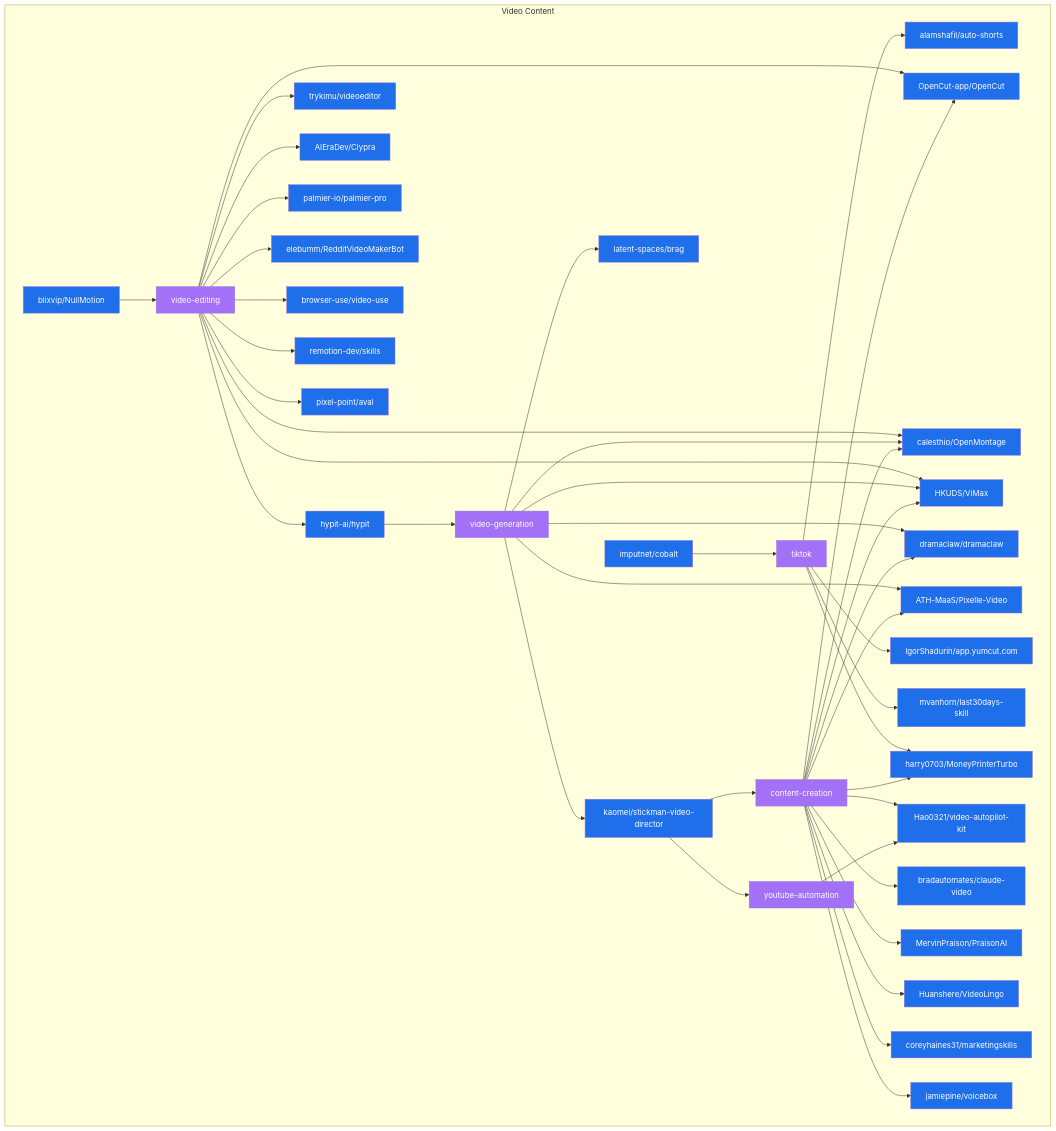
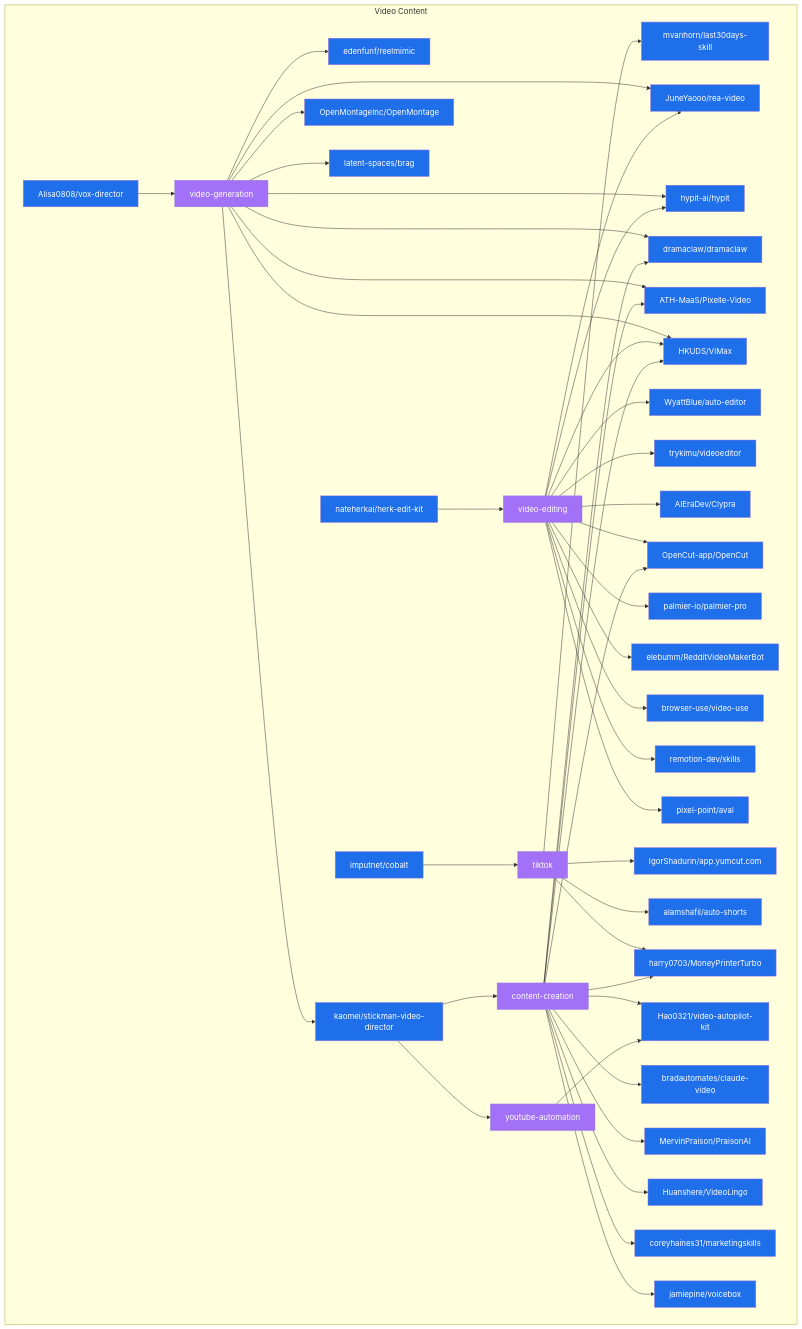
One commit to Meru143/star-graph changed the diagram in data/star_graph_video_content.mermaid. Above: the diagram before and after it, drawn with Mermaid. The commit also changed 15 other files, not shown here.

Commit message:
chore: weekly star graph update 2026-11-09

```diff
--- a/data/star_graph_video_content.mermaid
+++ b/data/star_graph_video_content.mermaid
@@ -1,79 +1,86 @@
 graph TD
   subgraph video_content ["Video Content"]
+    mvanhorn_last30days_skill["mvanhorn/last30days-skill"]:::repo
+    JuneYaooo_rea_video["JuneYaooo/rea-video"]:::repo
+    HKUDS_ViMax["HKUDS/ViMax"]:::repo
+    Hao0321_video_autopilot_kit["Hao0321/video-autopilot-kit"]:::repo
+    OpenCut_app_OpenCut["OpenCut-app/OpenCut"]:::repo
+    elebumm_RedditVideoMakerBot["elebumm/RedditVideoMakerBot"]:::repo
+    video_generation["video-generation"]:::topic
+    hypit_ai_hypit["hypit-ai/hypit"]:::repo
+    harry0703_MoneyPrinterTurbo["harry0703/MoneyPrinterTurbo"]:::repo
+    nateherkai_herk_edit_kit["nateherkai/herk-edit-kit"]:::repo
+    imputnet_cobalt["imputnet/cobalt"]:::repo
+    jamiepine_voicebox["jamiepine/voicebox"]:::repo
+    palmier_io_palmier_pro["palmier-io/palmier-pro"]:::repo
+    tiktok["tiktok"]:::topic
+    trykimu_videoeditor["trykimu/videoeditor"]:::repo
+    video_editing["video-editing"]:::topic
+    OpenMontageInc_OpenMontage["OpenMontageInc/OpenMontage"]:::repo
+    pixel_point_aval["pixel-point/aval"]:::repo
+    youtube_automation["youtube-automation"]:::topic
+    kaomei_stickman_video_director["kaomei/stickman-video-director"]:::repo
+    latent_spaces_brag["latent-spaces/brag"]:::repo
+    coreyhaines31_marketingskills["coreyhaines31/marketingskills"]:::repo
+    Alisa0808_vox_director["Alisa0808/vox-director"]:::repo
+    WyattBlue_auto_editor["WyattBlue/auto-editor"]:::repo
+    browser_use_video_use["browser-use/video-use"]:::repo
+    Huanshere_VideoLingo["Huanshere/VideoLingo"]:::repo
+    IgorShadurin_app_yumcut_com["IgorShadurin/app.yumcut.com"]:::repo
+    edenfunf_reelmimic["edenfunf/reelmimic"]:::repo
+    content_creation["content-creation"]:::topic
+    dramaclaw_dramaclaw["dramaclaw/dramaclaw"]:::repo
+    remotion_dev_skills["remotion-dev/skills"]:::repo
+    AIEraDev_Clypra["AIEraDev/Clypra"]:::repo
     alamshafil_auto_shorts["alamshafil/auto-shorts"]:::repo
-    pixel_point_aval["pixel-point/aval"]:::repo
-    blixvip_NullMotion["blixvip/NullMotion"]:::repo
-    mvanhorn_last30days_skill["mvanhorn/last30days-skill"]:::repo
-    hypit_ai_hypit["hypit-ai/hypit"]:::repo
-    Hao0321_video_autopilot_kit["Hao0321/video-autopilot-kit"]:::repo
-    video_editing["video-editing"]:::topic
-    AIEraDev_Clypra["AIEraDev/Clypra"]:::repo
-    elebumm_RedditVideoMakerBot["elebumm/RedditVideoMakerBot"]:::repo
-    IgorShadurin_app_yumcut_com["IgorShadurin/app.yumcut.com"]:::repo
-    imputnet_cobalt["imputnet/cobalt"]:::repo
-    kaomei_stickman_video_director["kaomei/stickman-video-director"]:::repo
-    dramaclaw_dramaclaw["dramaclaw/dramaclaw"]:::repo
+    MervinPraison_PraisonAI["MervinPraison/PraisonAI"]:::repo
+    ATH_MaaS_Pixelle_Video["ATH-MaaS/Pixelle-Video"]:::repo
     bradautomates_claude_video["bradautomates/claude-video"]:::repo
-    harry0703_MoneyPrinterTurbo["harry0703/MoneyPrinterTurbo"]:::repo
-    coreyhaines31_marketingskills["coreyhaines31/marketingskills"]:::repo
-    video_generation["video-generation"]:::topic
-    content_creation["content-creation"]:::topic
-    trykimu_videoeditor["trykimu/videoeditor"]:::repo
-    latent_spaces_brag["latent-spaces/brag"]:::repo
-    calesthio_OpenMontage["calesthio/OpenMontage"]:::repo
-    Huanshere_VideoLingo["Huanshere/VideoLingo"]:::repo
-    remotion_dev_skills["remotion-dev/skills"]:::repo
-    browser_use_video_use["browser-use/video-use"]:::repo
-    HKUDS_ViMax["HKUDS/ViMax"]:::repo
-    OpenCut_app_OpenCut["OpenCut-app/OpenCut"]:::repo
-    youtube_automation["youtube-automation"]:::topic
-    tiktok["tiktok"]:::topic
-    ATH_MaaS_Pixelle_Video["ATH-MaaS/Pixelle-Video"]:::repo
-    jamiepine_voicebox["jamiepine/voicebox"]:::repo
-    MervinPraison_PraisonAI["MervinPraison/PraisonAI"]:::repo
-    palmier_io_palmier_pro["palmier-io/palmier-pro"]:::repo
   end
-  blixvip_NullMotion --> video_editing
+  Alisa0808_vox_director --> video_generation
+  video_generation --> edenfunf_reelmimic
+  video_generation --> JuneYaooo_rea_video
+  video_generation --> hypit_ai_hypit
+  video_generation --> kaomei_stickman_video_director
+  video_generation --> dramaclaw_dramaclaw
+  video_generation --> ATH_MaaS_Pixelle_Video
+  video_generation --> OpenMontageInc_OpenMontage
+  video_generation --> latent_spaces_brag
+  video_generation --> HKUDS_ViMax
+  nateherkai_herk_edit_kit --> video_editing
+  video_editing --> JuneYaooo_rea_video
+  video_editing --> WyattBlue_auto_editor
   video_editing --> hypit_ai_hypit
   video_editing --> trykimu_videoeditor
   video_editing --> AIEraDev_Clypra
   video_editing --> OpenCut_app_OpenCut
-  video_editing --> calesthio_OpenMontage
   video_editing --> palmier_io_palmier_pro
   video_editing --> elebumm_RedditVideoMakerBot
   video_editing --> HKUDS_ViMax
   video_editing --> browser_use_video_use
   video_editing --> remotion_dev_skills
   video_editing --> pixel_point_aval
-  hypit_ai_hypit --> video_generation
-  video_generation --> kaomei_stickman_video_director
-  video_generation --> dramaclaw_dramaclaw
-  video_generation --> ATH_MaaS_Pixelle_Video
-  video_generation --> calesthio_OpenMontage
-  video_generation --> latent_spaces_brag
-  video_generation --> HKUDS_ViMax
   imputnet_cobalt --> tiktok
   tiktok --> IgorShadurin_app_yumcut_com
   tiktok --> alamshafil_auto_shorts
   tiktok --> mvanhorn_last30days_skill
   tiktok --> harry0703_MoneyPrinterTurbo
   kaomei_stickman_video_director --> content_creation
   kaomei_stickman_video_director --> youtube_automation
   content_creation --> dramaclaw_dramaclaw
   content_creation --> Hao0321_video_autopilot_kit
   content_creation --> harry0703_MoneyPrinterTurbo
   content_creation --> OpenCut_app_OpenCut
   content_creation --> bradautomates_claude_video
   content_creation --> ATH_MaaS_Pixelle_Video
-  content_creation --> calesthio_OpenMontage
   content_creation --> HKUDS_ViMax
   content_creation --> MervinPraison_PraisonAI
   content_creation --> Huanshere_VideoLingo
   content_creation --> coreyhaines31_marketingskills
   content_creation --> jamiepine_voicebox
   youtube_automation --> Hao0321_video_autopilot_kit
   classDef repo fill:#1f6feb,color:#fff;
   classDef topic fill:#a371f7,color:#fff;
   classDef technology fill:#3fb950,color:#fff;
   classDef use_case fill:#d29922,color:#fff;
   classDef architecture fill:#f85149,color:#fff;
```
